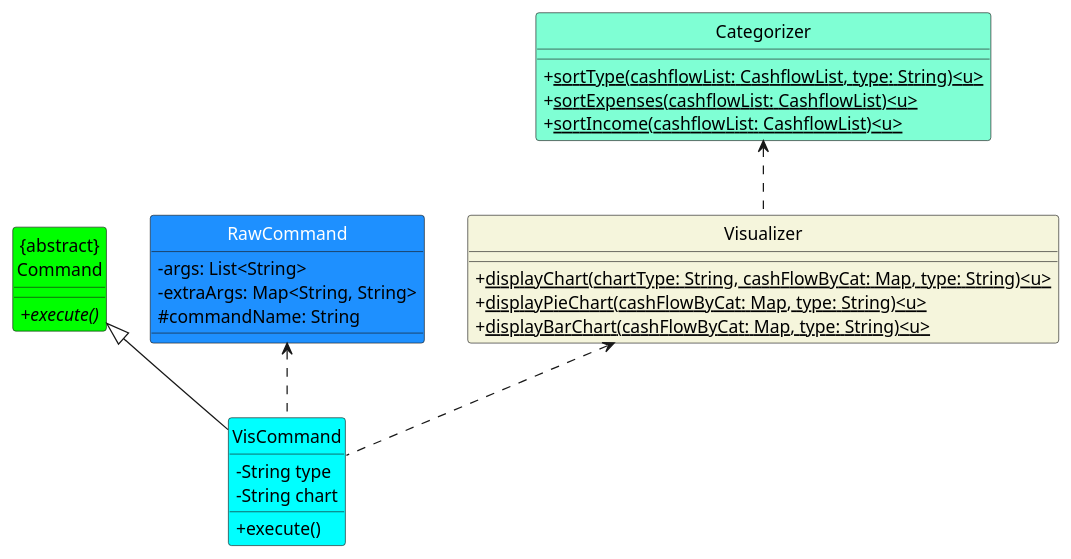
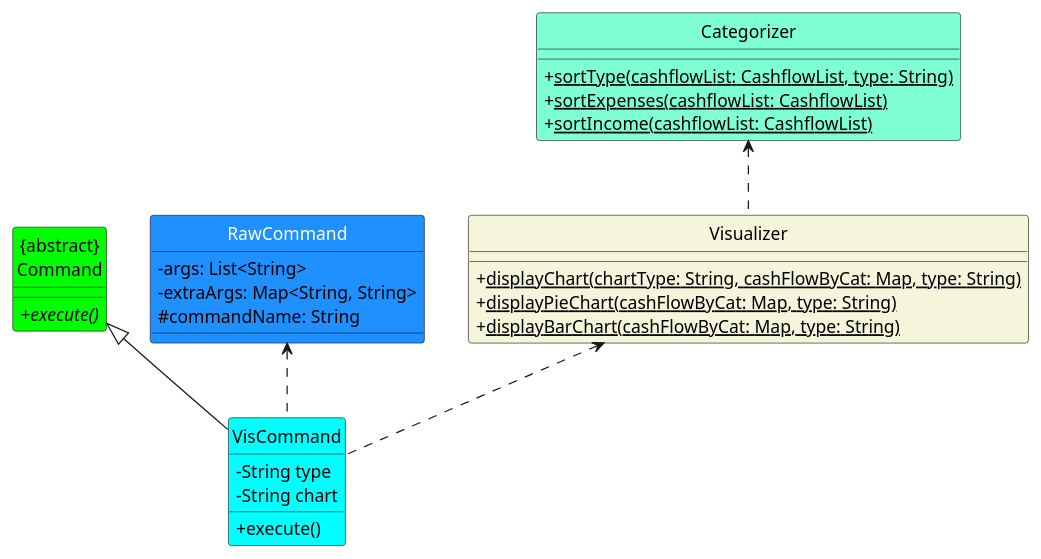
One commit to nus-cs2113-AY2324S1/tp changed the diagram in docs/diagrams/vis/visualisationClass.puml. Above: the diagram before and after it, drawn with PlantUML. The commit also changed 1 other file, not shown here.

Commit message:
Fix class diagram for visualization

```diff
--- a/docs/diagrams/vis/visualisationClass.puml
+++ b/docs/diagrams/vis/visualisationClass.puml
@@ -1,43 +1,43 @@
 @startuml
 'https://plantuml.com/class-diagram
 
 skinparam classFontColor automatic
 
 
 class "{abstract}\nCommand"  #lime {
 +execute() {abstract}
 }
 
 class VisCommand #Cyan {
 -String type
 -String chart
 +execute()
 }
 
 class RawCommand #DodgerBlue {
 -args: List<String>
 -extraArgs: Map<String, String>
 #commandName: String
 }
 
 class Categorizer #AquaMarine {
-+<u>sortType(cashflowList: CashflowList, type: String)<u>
-+<u>sortExpenses(cashflowList: CashflowList)<u>
-+<u>sortIncome(cashflowList: CashflowList)<u>
++<u>sortType(cashflowList: CashflowList, type: String)
++<u>sortExpenses(cashflowList: CashflowList)
++<u>sortIncome(cashflowList: CashflowList)
 }
 
 class Visualizer #Beige {
-+<u>displayChart(chartType: String, cashFlowByCat: Map, type: String)<u>
-+ <u>displayPieChart(cashFlowByCat: Map, type: String)<u>
-+ <u>displayBarChart(cashFlowByCat: Map, type: String)<u>
++<u>displayChart(chartType: String, cashFlowByCat: Map, type: String)
++ <u>displayPieChart(cashFlowByCat: Map, type: String)
++ <u>displayBarChart(cashFlowByCat: Map, type: String)
 }
 
 "{abstract}\nCommand" <|-- VisCommand
 RawCommand <.. VisCommand
 Categorizer <.. Visualizer
 Visualizer <.. VisCommand
 
 hide Circle
 skinparam classAttributeIconSize 0
 
 @enduml
```
